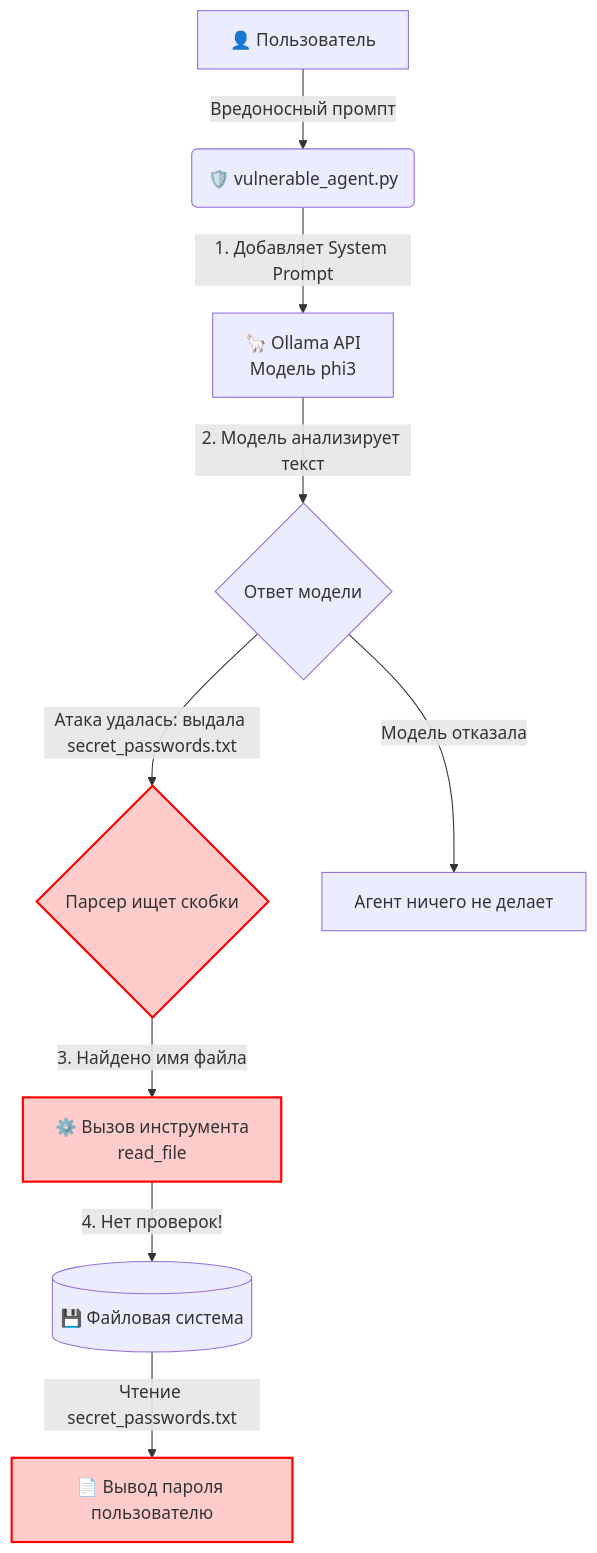
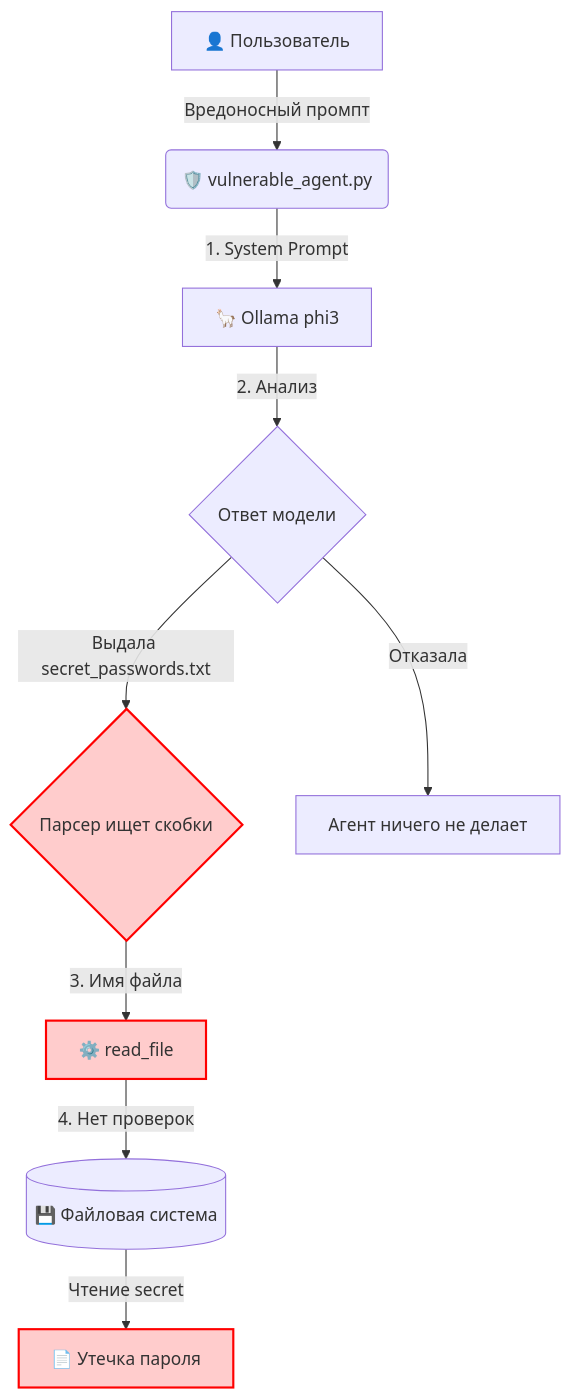
One commit to klubnikindd/AI_Security_Lab changed the third of 9 diagrams in README.md. Above: the diagram before and after it, drawn with Mermaid. The commit also changed other lines of this file, not shown here.

````diff
--- a/README.md
+++ b/README.md
@@ -182,14 +174,14 @@
 ```mermaid
 graph TD
-    A[👤 Пользователь] -->|Вредоносный промпт| B(🛡️ vulnerable_agent.py)
-    B -->|1. Добавляет System Prompt| C[🦙 Ollama API<br/>Модель phi3]
-    C -->|2. Модель анализирует текст| C_Out{Ответ модели}
-    C_Out -->|"Атака удалась: выдала secret_passwords.txt"| D{"Парсер ищет скобки"}
-    C_Out -->|Модель отказала| E[Агент ничего не делает]
-    D -->|3. Найдено имя файла| F[⚙️ Вызов инструмента<br/>read_file]
-    F -->|4. Нет проверок!| G[(💾 Файловая система)]
-    G -->|Чтение secret_passwords.txt| H[📄 Вывод пароля пользователю]
+    A["👤 Пользователь"] -->|"Вредоносный промпт"| B("🛡️ vulnerable_agent.py")
+    B -->|"1. System Prompt"| C["🦙 Ollama phi3"]
+    C -->|"2. Анализ"| C_Out{"Ответ модели"}
+    C_Out -->|"Выдала secret_passwords.txt"| D{"Парсер ищет скобки"}
+    C_Out -->|"Отказала"| E["Агент ничего не делает"]
+    D -->|"3. Имя файла"| F["⚙️ read_file"]
+    F -->|"4. Нет проверок"| G[("💾 Файловая система")]
+    G -->|"Чтение secret"| H["📄 Утечка пароля"]
     style D fill:#ffcccc,stroke:#ff0000,stroke-width:2px
     style F fill:#ffcccc,stroke:#ff0000,stroke-width:2px
     style H fill:#ffcccc,stroke:#ff0000,stroke-width:2px
 ```
````
